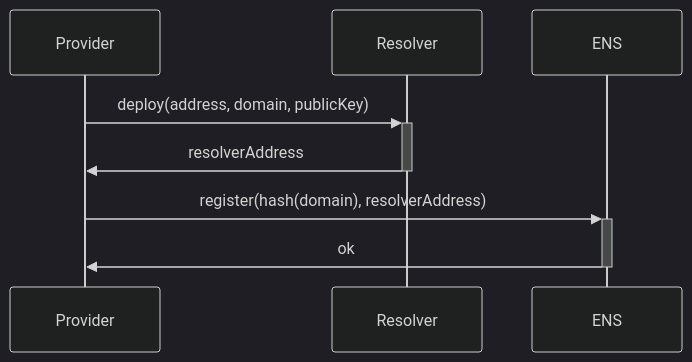
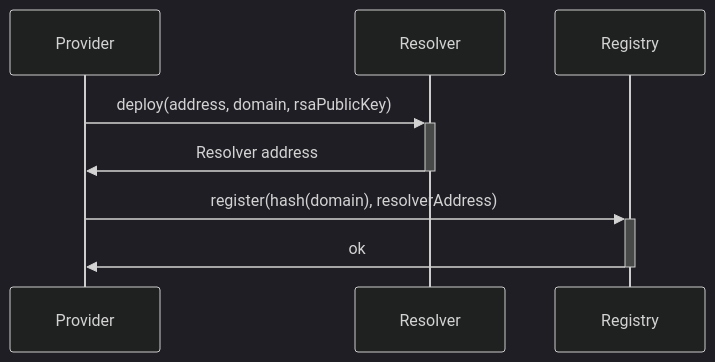
The fourth of 7 diagrams in README.md (matzapata/ipfs-compute), drawn with Mermaid (dark theme) before and after one commit. The commit also changed other lines of this file and 1 other file, not shown here.

Commit message:
schema and utils

````diff
--- a/README.md
+++ b/README.md
@@ -74,7 +76,7 @@
 ```mermaid
 sequenceDiagram
-    Provider->>+Resolver: deploy(address, domain, publicKey)
-    Resolver->>-Provider: resolverAddress
-    Provider->>+ENS: register(hash(domain), resolverAddress)
-    ENS->>-Provider: ok
+    Provider->>+Resolver: deploy(address, domain, rsaPublicKey)
+    Resolver->>-Provider: Resolver address
+    Provider->>+Registry: register(hash(domain), resolverAddress)
+    Registry->>-Provider: ok
 ```
````
